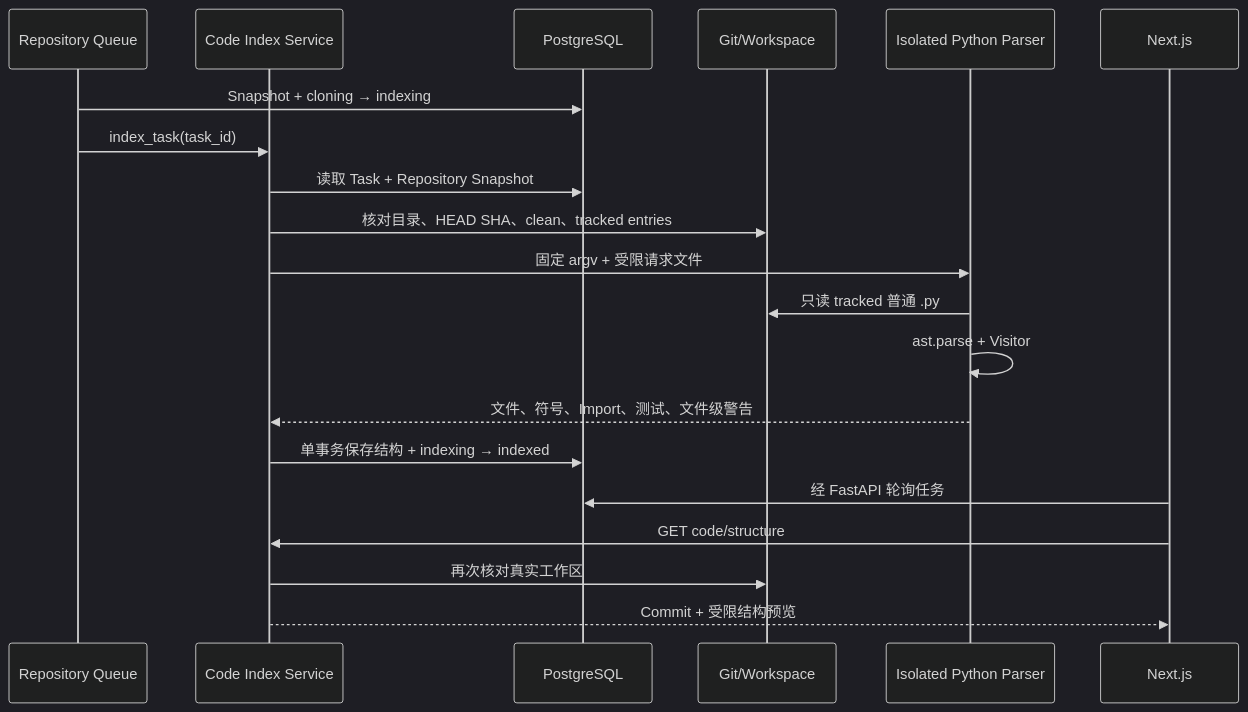
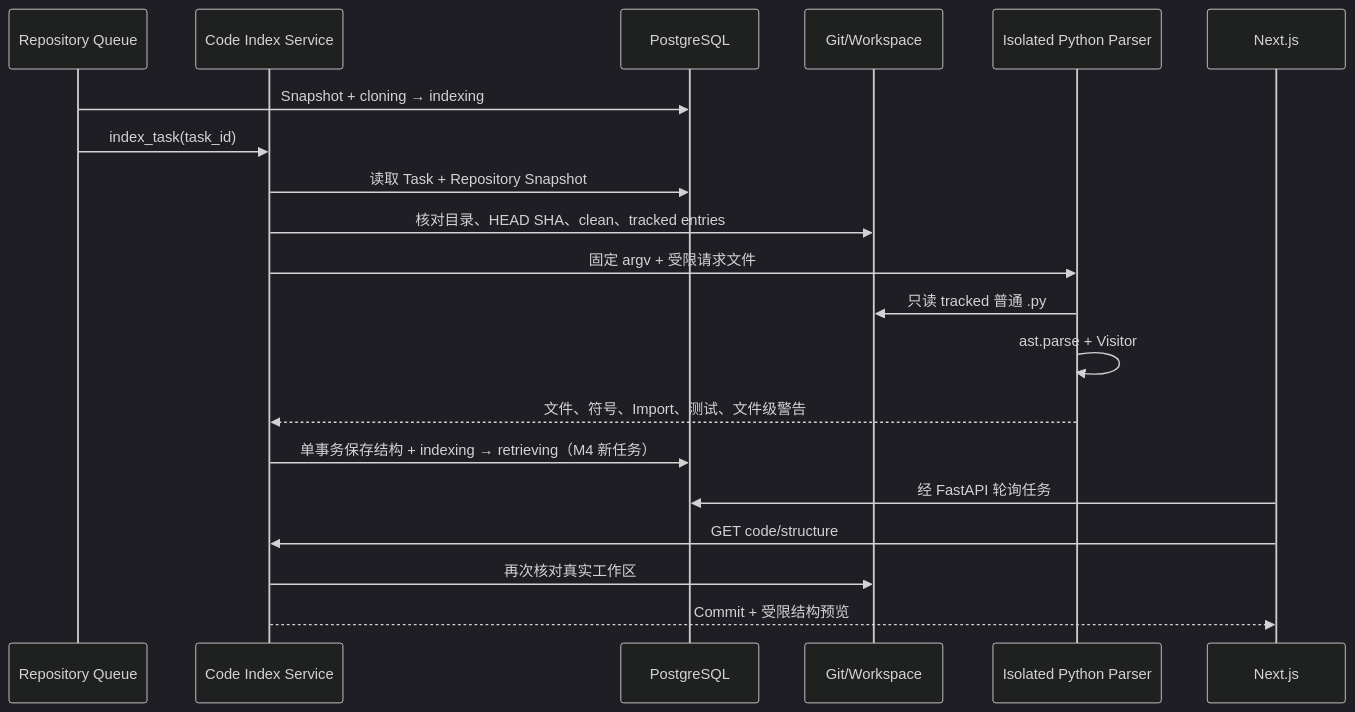
The third of 6 diagrams in docs/call-chains.md (guiwenhui/IssuePilot), drawn with Mermaid (dark theme) before and after one commit. The commit also changed other lines of this file and 61 other files, not shown here.

````diff
--- a/docs/call-chains.md
+++ b/docs/call-chains.md
@@ -98,23 +98,23 @@
 ```mermaid
 sequenceDiagram
     participant Queue as Repository Queue
     participant Service as Code Index Service
     participant DB as PostgreSQL
     participant Git as Git/Workspace
     participant Parser as Isolated Python Parser
     participant Web as Next.js
 
     Queue->>DB: Snapshot + cloning → indexing
     Queue->>Service: index_task(task_id)
     Service->>DB: 读取 Task + Repository Snapshot
     Service->>Git: 核对目录、HEAD SHA、clean、tracked entries
     Service->>Parser: 固定 argv + 受限请求文件
     Parser->>Git: 只读 tracked 普通 .py
     Parser->>Parser: ast.parse + Visitor
     Parser-->>Service: 文件、符号、Import、测试、文件级警告
-    Service->>DB: 单事务保存结构 + indexing → indexed
+    Service->>DB: 单事务保存结构 + indexing → retrieving（M4 新任务）
     Web->>DB: 经 FastAPI 轮询任务
     Web->>Service: GET code/structure
     Service->>Git: 再次核对真实工作区
     Service-->>Web: Commit + 受限结构预览
 ```
````
